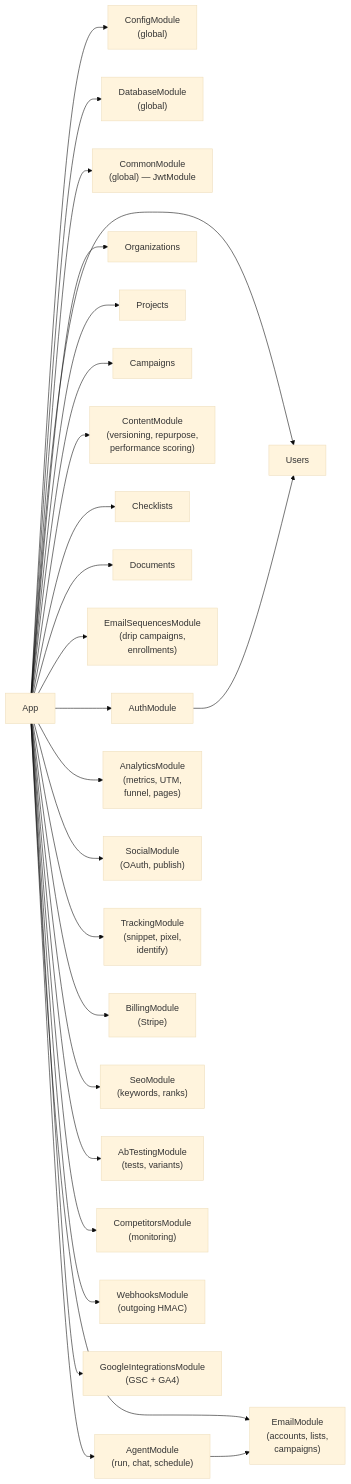
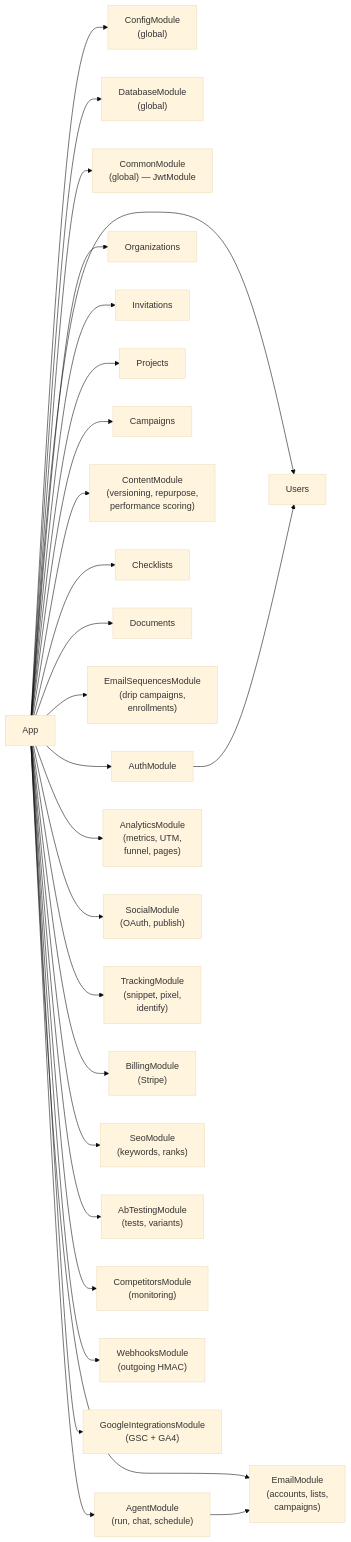
Before and after one commit to micode-ai/marketing-ai-assistant: the fourth of 6 diagrams in docs/eng/01-architecture.md, drawn with Mermaid (base theme). The commit also changed other lines of this file and 40 other files, not shown here.

````diff
--- a/docs/eng/01-architecture.md
+++ b/docs/eng/01-architecture.md
@@ -143,33 +143,34 @@
 ```mermaid
 graph LR
     App --> Config["ConfigModule\n(global)"]
     App --> Database["DatabaseModule\n(global)"]
     App --> Common["CommonModule\n(global) — JwtModule"]
 
     App --> Auth["AuthModule"]
     App --> Users
     App --> Organizations
+    App --> Invitations
 
     App --> Projects
     App --> Campaigns
     App --> Content["ContentModule\n(versioning, repurpose,\nperformance scoring)"]
     App --> Checklists
     App --> Documents
 
     App --> Email["EmailModule\n(accounts, lists,\ncampaigns)"]
     App --> EmailSeq["EmailSequencesModule\n(drip campaigns,\nenrollments)"]
     App --> Agent["AgentModule\n(run, chat, schedule)"]
     App --> Analytics["AnalyticsModule\n(metrics, UTM,\nfunnel, pages)"]
     App --> Social["SocialModule\n(OAuth, publish)"]
     App --> Tracking["TrackingModule\n(snippet, pixel,\nidentify)"]
     App --> Billing["BillingModule\n(Stripe)"]
 
     App --> SEO["SeoModule\n(keywords, ranks)"]
     App --> ABTesting["AbTestingModule\n(tests, variants)"]
     App --> Competitors["CompetitorsModule\n(monitoring)"]
     App --> Webhooks["WebhooksModule\n(outgoing HMAC)"]
     App --> GoogleInt["GoogleIntegrationsModule\n(GSC + GA4)"]
 
     Auth --> Users
     Agent --> Email
 ```
````
